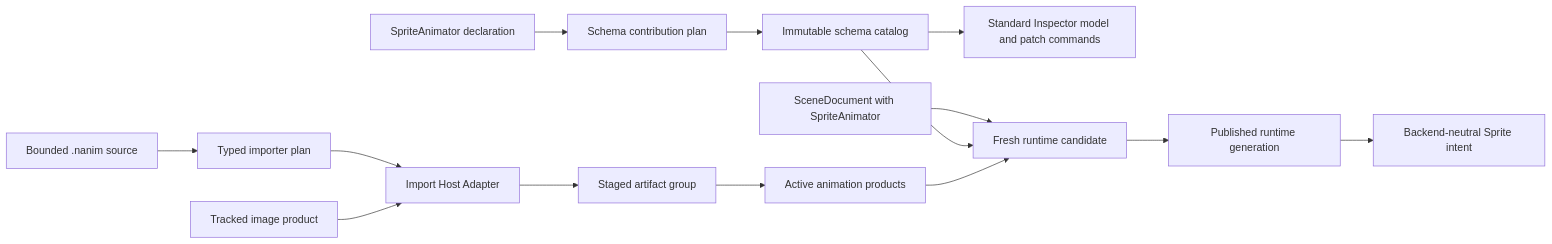
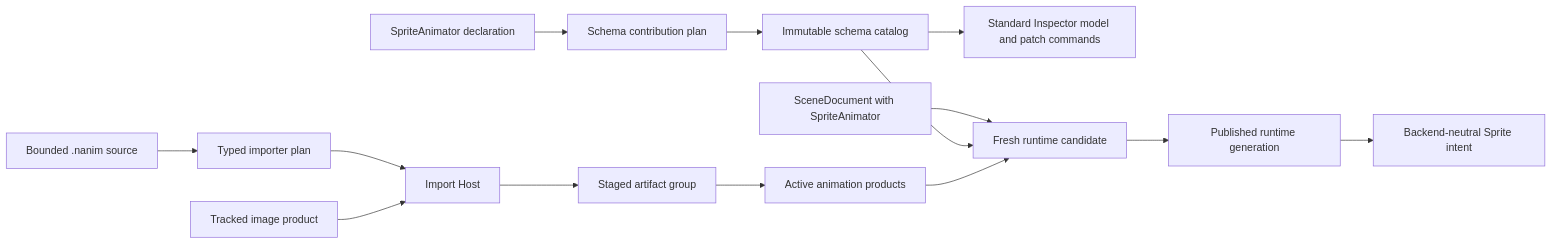
The first of 3 diagrams in docs/architecture/multi-role-extension-package-tracer-design.md (Latias94/nara), drawn with Mermaid before and after one commit. The commit also changed other lines of this file and 10 other files, not shown here.

First line of the commit message:
docs(architecture): define extension capability parity

````diff
--- a/docs/architecture/multi-role-extension-package-tracer-design.md
+++ b/docs/architecture/multi-role-extension-package-tracer-design.md
@@ -214,18 +214,18 @@
 ```mermaid
 flowchart LR
     Source[Bounded .nanim source] --> ImportPlan[Typed importer plan]
-    ImportPlan --> ImportHost[Import Host Adapter]
+    ImportPlan --> ImportHost[Import Host]
     ImportHost --> Staged[Staged artifact group]
     Image[Tracked image product] --> ImportHost
     Staged --> ActiveAssets[Active animation products]
 
     SchemaSource[SpriteAnimator declaration] --> SchemaPlan[Schema contribution plan]
     SchemaPlan --> Catalog[Immutable schema catalog]
     Catalog --> Inspector[Standard Inspector model and patch commands]
 
     Scene[SceneDocument with SpriteAnimator] --> RuntimeCandidate[Fresh runtime candidate]
     Catalog --> RuntimeCandidate
     ActiveAssets --> RuntimeCandidate
     RuntimeCandidate --> Runtime[Published runtime generation]
     Runtime --> SpriteIntent[Backend-neutral Sprite intent]
 ```
````
